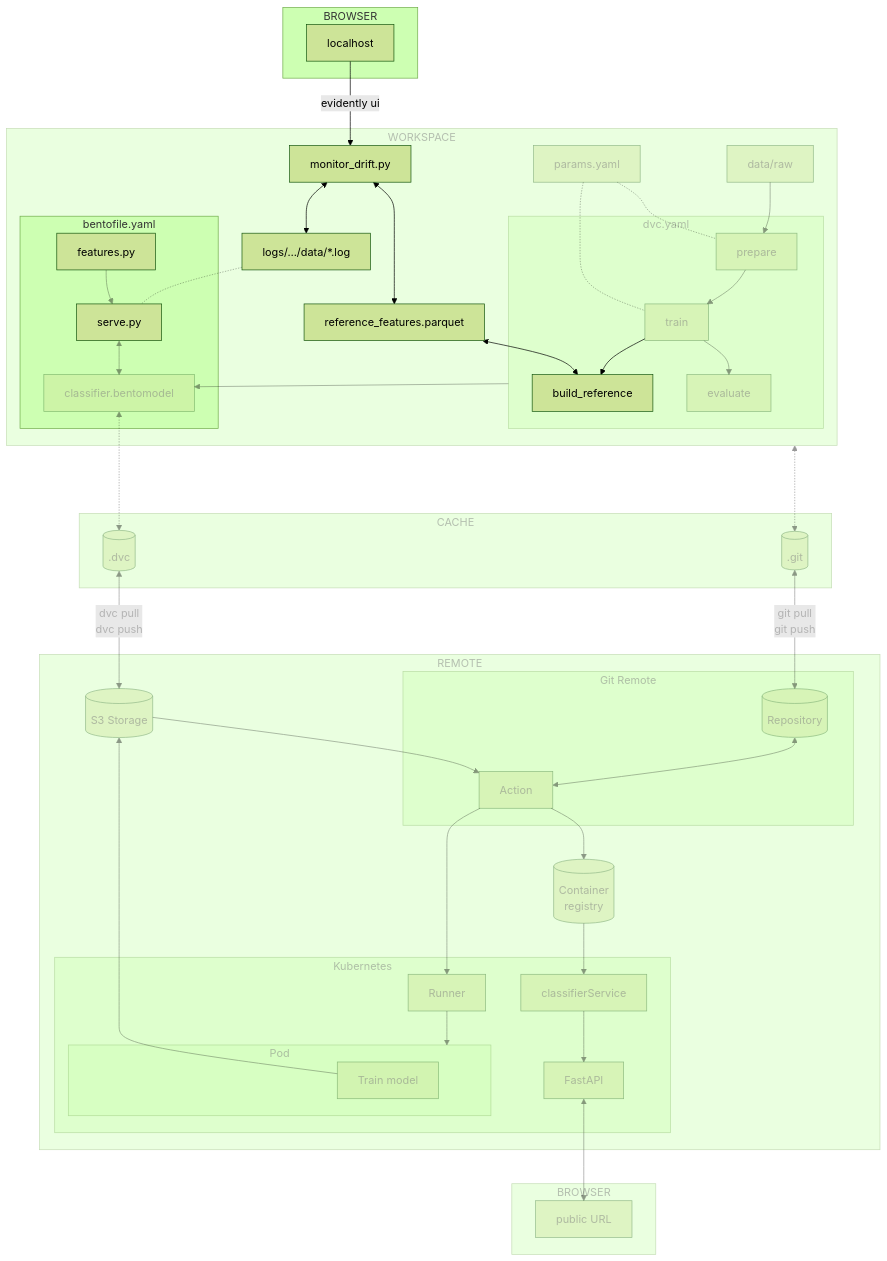
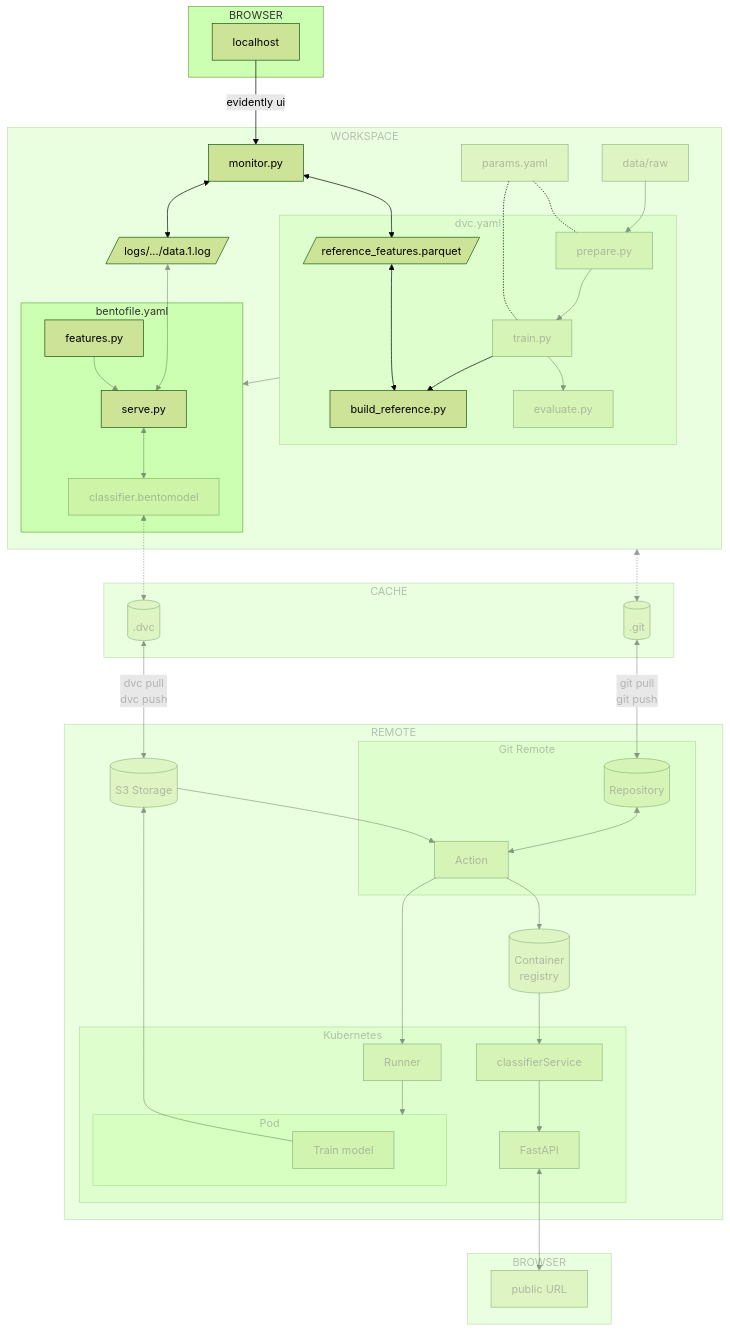
Before and after one commit to swiss-ai-center/a-guide-to-mlops: the diagram in docs/part-4-monitor-and-maintain/chapter-42-detect-drift-locally-with-evidently-ai.md, drawn with Mermaid (forest theme). The commit also changed other lines of this file and 6 other files, not shown here.

```diff
--- a/docs/part-4-monitor-and-maintain/chapter-42-detect-drift-locally-with-evidently-ai.md
+++ b/docs/part-4-monitor-and-maintain/chapter-42-detect-drift-locally-with-evidently-ai.md
@@ -40,29 +40,29 @@
     end
 
     subgraph workspaceGraph[WORKSPACE]
-        drift_logs["logs/…/data/*.log"] -.- serve
+        drift_logs[/"logs/.../data.1.log"/] <---> serve
         subgraph bentoGraph[bentofile.yaml]
             serve[serve.py] <--> bento_model[classifier.bentomodel]
             features[features.py] --> serve
         end
         bento_model <-.-> dot_dvc
 
-        data --> prepare
+        data --> prepare[prepare.py]
         subgraph dvcGraph["dvc.yaml"]
-            prepare --> train
-            train --> build_reference
-            train --> evaluate
+            prepare --> train[train.py]
+            train --> build_reference[build_reference.py]
+            train --> evaluate[evaluate.py]
+            reference_features[/reference_features.parquet/] <---> build_reference
         end
         params -.- train
         params[params.yaml] -.- prepare
-        dvcGraph --> bento_model
-        reference_features[reference_features.parquet] <--> build_reference
-        monitor_drift[monitor_drift.py] <--> reference_features
-        monitor_drift <--> drift_logs
+        dvcGraph --> bentoGraph
+        monitor[monitor.py] <--> reference_features
+        monitor <--> drift_logs
     end
 
     subgraph browserLocalGraph[BROWSER]
-        localhost --> |evidently ui| monitor_drift
+        localhost --> |evidently ui| monitor
     end
 
     subgraph remoteGraph[REMOTE]
@@ -125,9 +125,7 @@
     linkStyle 7 opacity:0.4,color:#7f7f7f80
     linkStyle 8 opacity:0.4,color:#7f7f7f80
     linkStyle 10 opacity:0.4,color:#7f7f7f80
-    linkStyle 11 opacity:0.4,color:#7f7f7f80
-    linkStyle 12 opacity:0.4,color:#7f7f7f80
-    linkStyle 13 opacity:0.4,color:#7f7f7f80
+    linkStyle 14 opacity:0.4,color:#7f7f7f80
     linkStyle 18 opacity:0.4,color:#7f7f7f80
     linkStyle 19 opacity:0.4,color:#7f7f7f80
     linkStyle 20 opacity:0.4,color:#7f7f7f80
```
